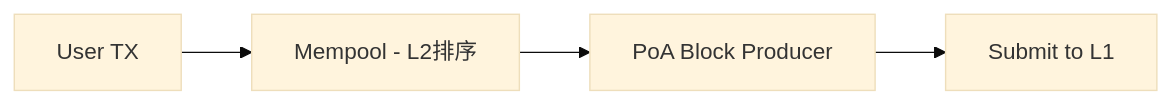
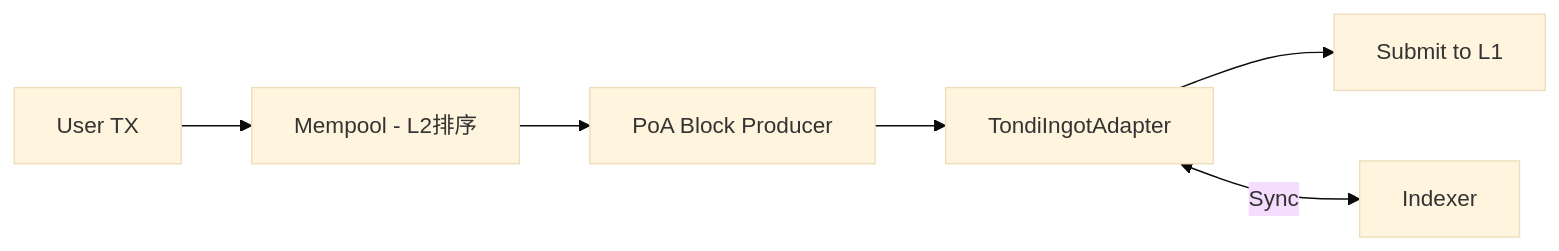
One commit to tsukifune-kosei/fuel-core-tondi changed the eighth of 11 diagrams in docs/L1-L2 Reorg-Proof Sync Paradigms A & B.md. Above: the diagram before and after it, drawn with Mermaid (base theme). The commit also changed other lines of this file and 7 other files, not shown here.

First line of the commit message:
feat(tondi-ingot-adapter): implement L1-L2 reorg-proof sync via Indexer polling (Plan B)

````diff
--- a/docs/L1-L2 Reorg-Proof Sync Paradigms A & B.md
+++ b/docs/L1-L2 Reorg-Proof Sync Paradigms A & B.md
@@ -290,6 +432,8 @@
 ```mermaid
 flowchart LR
     U[User TX] --> MP[Mempool - L2排序]
     MP --> POA[PoA Block Producer]
-    POA --> SUB[Submit to L1]
+    POA --> AD[TondiIngotAdapter]
+    AD --> SUB[Submit to L1]
+    AD <-->|Sync| IX[Indexer]
 ```
````
